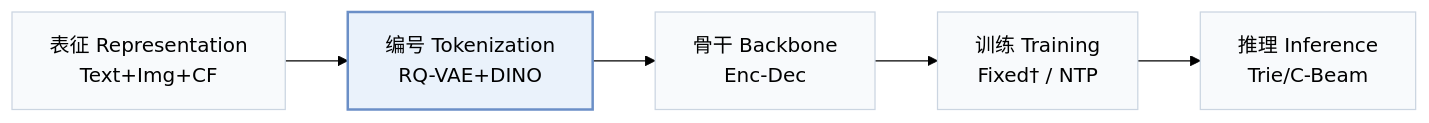
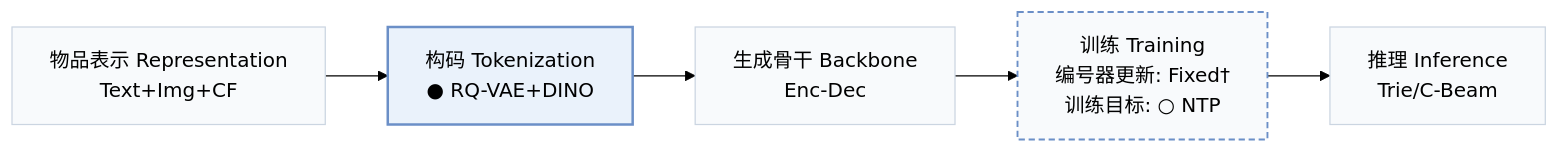
The first of 2 diagrams in pages/zh/papers/mscgrec.md (Galaxy-ghost/Awesome-SID-Generative-Rec), drawn with Mermaid (forest theme) before and after one commit. The commit also changed other lines of this file and 558 other files, not shown here.

````diff
--- a/pages/zh/papers/mscgrec.md
+++ b/pages/zh/papers/mscgrec.md
@@ -15,8 +18,10 @@
 ```mermaid
 flowchart LR
-    R["表征 Representation<br/>Text+Img+CF"] --> T["编号 Tokenization<br/>RQ-VAE+DINO"] --> B["骨干 Backbone<br/>Enc-Dec"] --> TR["训练 Training<br/>Fixed† / NTP"] --> I["推理 Inference<br/>Trie/C-Beam"]
+    R["物品表示 Representation<br/>Text+Img+CF"] --> T["构码 Tokenization<br/>● RQ-VAE+DINO"] --> B["生成骨干 Backbone<br/>Enc-Dec"] --> TR["训练 Training<br/>编号器更新: Fixed†<br/>训练目标: ○ NTP"] --> I["推理 Inference<br/>Trie/C-Beam"]
     classDef base fill:#f8fafc,stroke:#cbd5e1
     class R,T,B,TR,I base
+    classDef other fill:#f8fafc,stroke:#6b8fc7,stroke-width:1.5px,stroke-dasharray:5 3
+    class TR other
     classDef main fill:#eaf2fb,stroke:#6b8fc7,stroke-width:2px
     class T main
 ```
````
